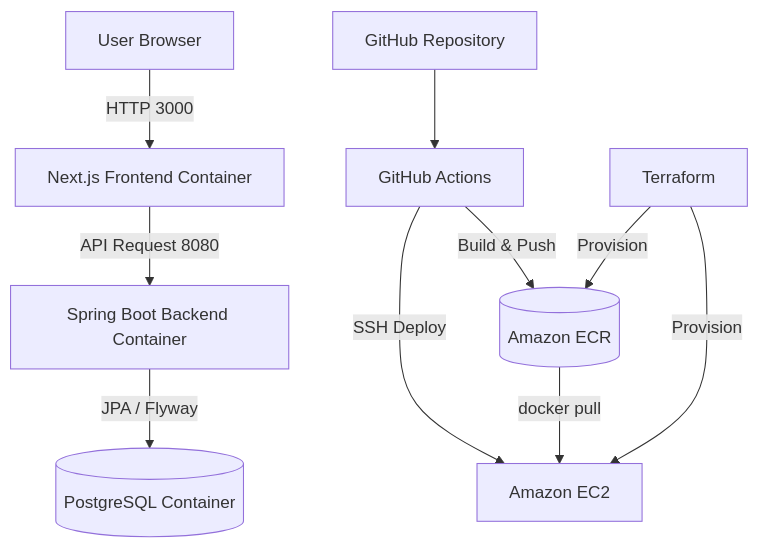
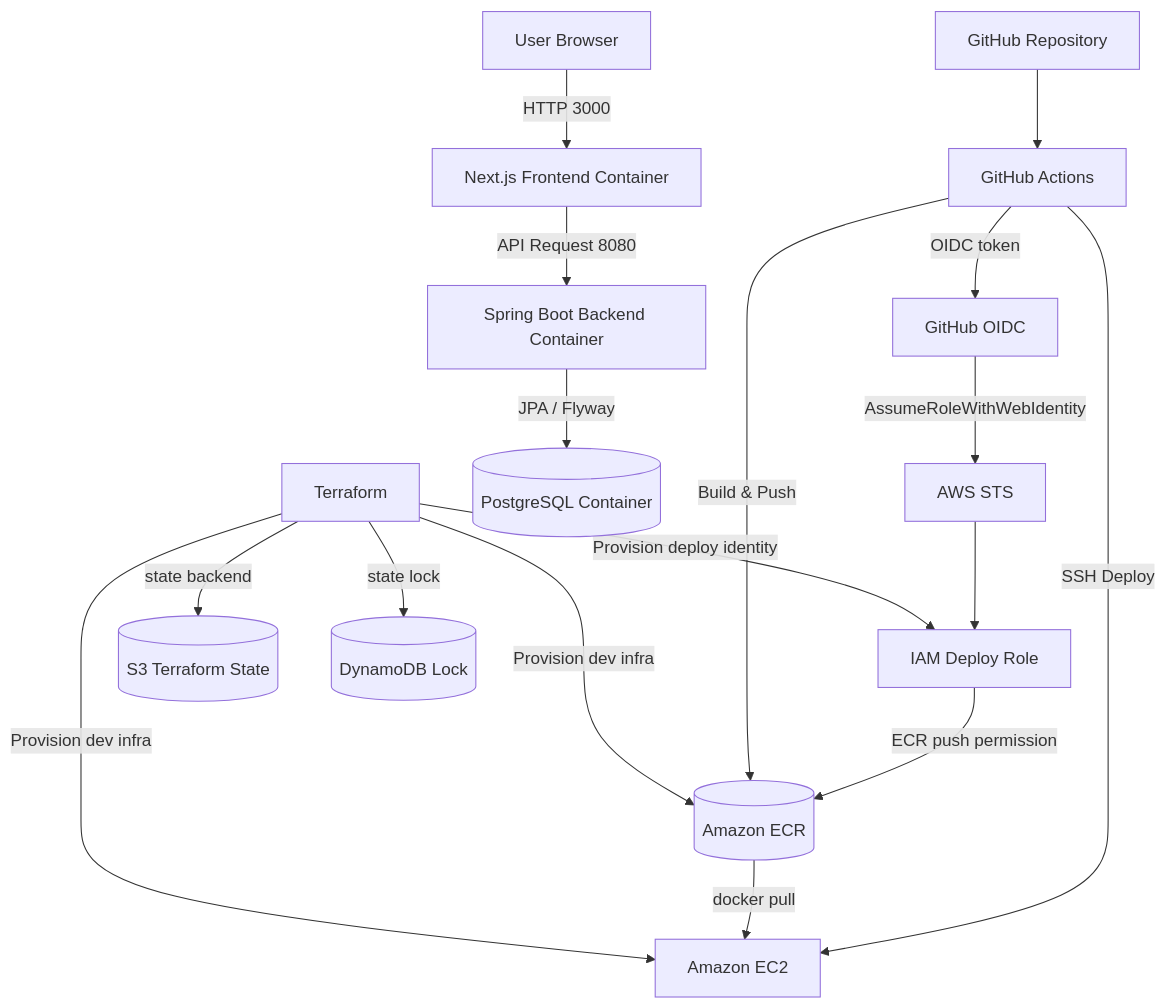
Before and after one commit to Li-Bertygi/job-selection-tracker: the first of 3 diagrams in docs/architecture.md, drawn with Mermaid. The commit also changed other lines of this file and 18 other files, not shown here.

Commit message:
Add: Terraform remote state backend documentation

````diff
--- a/docs/architecture.md
+++ b/docs/architecture.md
@@ -8,24 +10,36 @@
 ```mermaid
 flowchart TD
     U[User Browser]
     GH[GitHub Repository]
     GHA[GitHub Actions]
+    OIDC[GitHub OIDC]
+    STS[AWS STS]
+    IAM[IAM Deploy Role]
     ECR[(Amazon ECR)]
     EC2[Amazon EC2]
     FE[Next.js Frontend Container]
     BE[Spring Boot Backend Container]
     PG[(PostgreSQL Container)]
     TF[Terraform]
+    S3[(S3 Terraform State)]
+    DDB[(DynamoDB Lock)]
 
     U -->|HTTP 3000| FE
     FE -->|API Request 8080| BE
     BE -->|JPA / Flyway| PG
 
     GH --> GHA
+    GHA -->|OIDC token| OIDC
+    OIDC -->|AssumeRoleWithWebIdentity| STS
+    STS --> IAM
+    IAM -->|ECR push permission| ECR
     GHA -->|Build & Push| ECR
     GHA -->|SSH Deploy| EC2
     ECR -->|docker pull| EC2
 
-    TF -->|Provision| ECR
-    TF -->|Provision| EC2
+    TF -->|Provision dev infra| ECR
+    TF -->|Provision dev infra| EC2
+    TF -->|Provision deploy identity| IAM
+    TF -->|state backend| S3
+    TF -->|state lock| DDB
 ```
````
